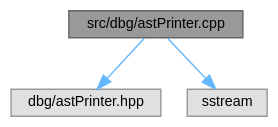
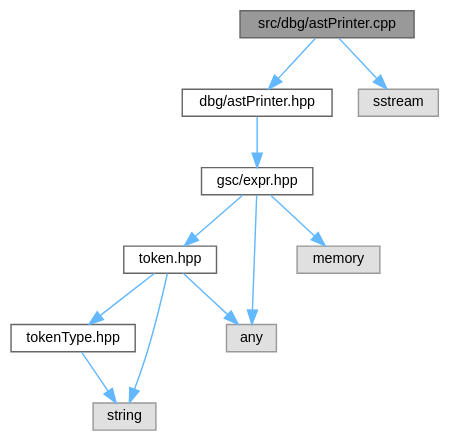
Before and after one commit to helcsnewsxd/gsc-interpreter: the diagram in astPrinter_8cpp__incl.dot, drawn with Graphviz. The commit also changed 60 other files, not shown here.

```diff
--- a/astPrinter_8cpp__incl.dot
+++ b/astPrinter_8cpp__incl.dot
@@ -1,12 +1,26 @@
 digraph "src/dbg/astPrinter.cpp"
 {
  // LATEX_PDF_SIZE
   bgcolor="transparent";
   edge [fontname=Helvetica,fontsize=10,labelfontname=Helvetica,labelfontsize=10];
   node [fontname=Helvetica,fontsize=10,shape=box,height=0.2,width=0.4];
   Node1 [id="Node000001",label="src/dbg/astPrinter.cpp",height=0.2,width=0.4,color="gray40", fillcolor="grey60", style="filled", fontcolor="black",tooltip=" "];
   Node1 -> Node2 [id="edge1_Node000001_Node000002",color="steelblue1",style="solid",tooltip=" "];
-  Node2 [id="Node000002",label="dbg/astPrinter.hpp",height=0.2,width=0.4,color="grey60", fillcolor="#E0E0E0", style="filled",tooltip=" "];
-  Node1 -> Node3 [id="edge2_Node000001_Node000003",color="steelblue1",style="solid",tooltip=" "];
-  Node3 [id="Node000003",label="sstream",height=0.2,width=0.4,color="grey60", fillcolor="#E0E0E0", style="filled",tooltip=" "];
+  Node2 [id="Node000002",label="dbg/astPrinter.hpp",height=0.2,width=0.4,color="grey40", fillcolor="white", style="filled",URL="$astPrinter_8hpp.html",tooltip=" "];
+  Node2 -> Node3 [id="edge2_Node000002_Node000003",color="steelblue1",style="solid",tooltip=" "];
+  Node3 [id="Node000003",label="gsc/expr.hpp",height=0.2,width=0.4,color="grey40", fillcolor="white", style="filled",URL="$expr_8hpp.html",tooltip=" "];
+  Node3 -> Node4 [id="edge3_Node000003_Node000004",color="steelblue1",style="solid",tooltip=" "];
+  Node4 [id="Node000004",label="token.hpp",height=0.2,width=0.4,color="grey40", fillcolor="white", style="filled",URL="$token_8hpp.html",tooltip=" "];
+  Node4 -> Node5 [id="edge4_Node000004_Node000005",color="steelblue1",style="solid",tooltip=" "];
+  Node5 [id="Node000005",label="tokenType.hpp",height=0.2,width=0.4,color="grey40", fillcolor="white", style="filled",URL="$tokenType_8hpp.html",tooltip=" "];
+  Node5 -> Node6 [id="edge5_Node000005_Node000006",color="steelblue1",style="solid",tooltip=" "];
+  Node6 [id="Node000006",label="string",height=0.2,width=0.4,color="grey60", fillcolor="#E0E0E0", style="filled",tooltip=" "];
+  Node4 -> Node7 [id="edge6_Node000004_Node000007",color="steelblue1",style="solid",tooltip=" "];
+  Node7 [id="Node000007",label="any",height=0.2,width=0.4,color="grey60", fillcolor="#E0E0E0", style="filled",tooltip=" "];
+  Node4 -> Node6 [id="edge7_Node000004_Node000006",color="steelblue1",style="solid",tooltip=" "];
+  Node3 -> Node7 [id="edge8_Node000003_Node000007",color="steelblue1",style="solid",tooltip=" "];
+  Node3 -> Node8 [id="edge9_Node000003_Node000008",color="steelblue1",style="solid",tooltip=" "];
+  Node8 [id="Node000008",label="memory",height=0.2,width=0.4,color="grey60", fillcolor="#E0E0E0", style="filled",tooltip=" "];
+  Node1 -> Node9 [id="edge10_Node000001_Node000009",color="steelblue1",style="solid",tooltip=" "];
+  Node9 [id="Node000009",label="sstream",height=0.2,width=0.4,color="grey60", fillcolor="#E0E0E0", style="filled",tooltip=" "];
 }
```
